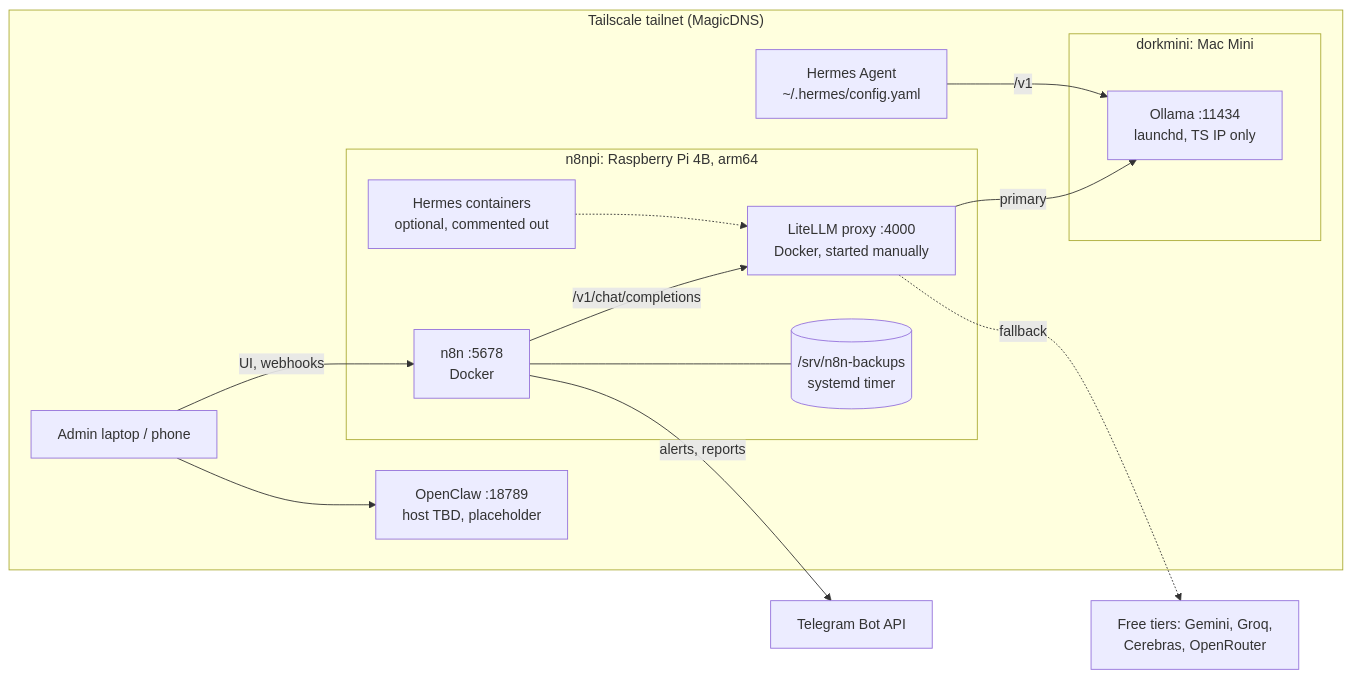
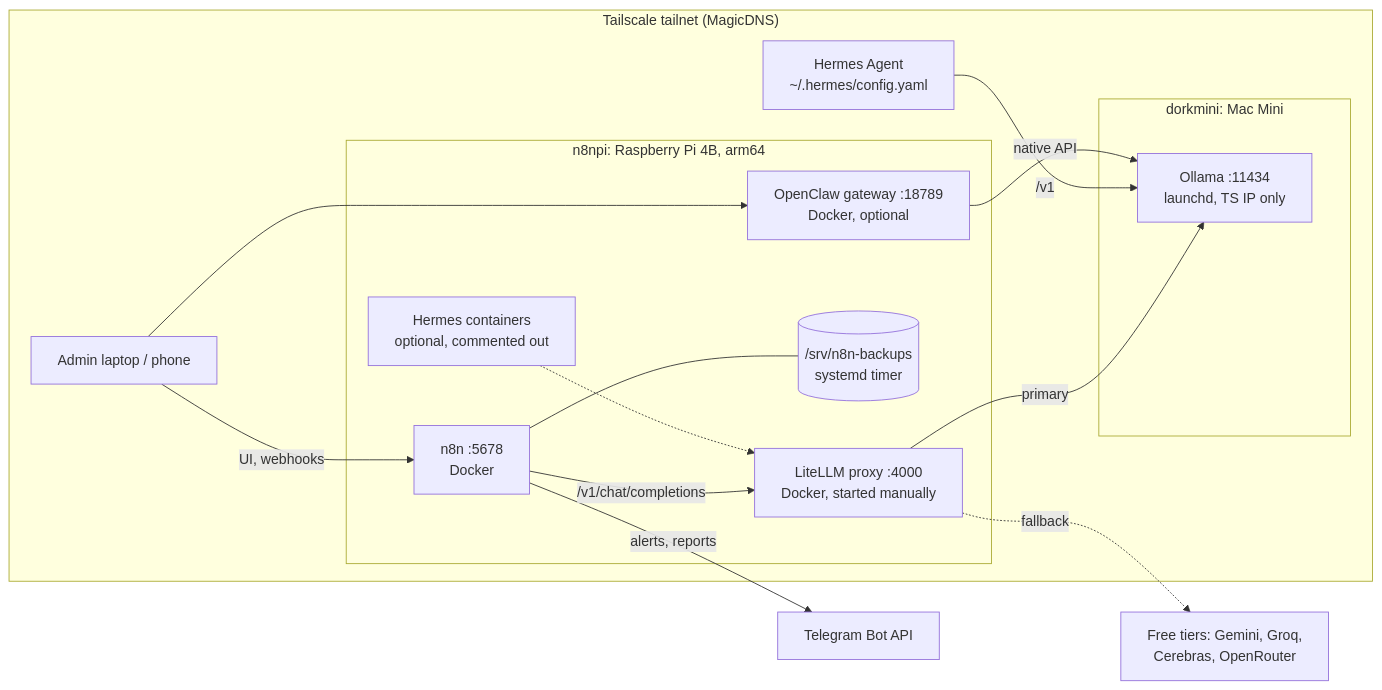
The diagram in README.md (ScanedDork/ai-homelab), drawn with Mermaid before and after one commit. The commit also changed other lines of this file and 11 other files, not shown here.

First line of the commit message:
Make OpenClaw and Hermes containers deployable

````diff
--- a/README.md
+++ b/README.md
@@ -8,29 +8,30 @@
 ```mermaid
 flowchart LR
   subgraph tailnet["Tailscale tailnet (MagicDNS)"]
     you["Admin laptop / phone"]
     subgraph pi["n8npi: Raspberry Pi 4B, arm64"]
       n8n["n8n :5678<br/>Docker"]
       litellm["LiteLLM proxy :4000<br/>Docker, started manually"]
       hpi["Hermes containers<br/>optional, commented out"]
       bk[("/srv/n8n-backups<br/>systemd timer")]
+      oc["OpenClaw gateway :18789<br/>Docker, optional"]
     end
     subgraph mac["dorkmini: Mac Mini"]
       ollama["Ollama :11434<br/>launchd, TS IP only"]
     end
     hermes["Hermes Agent<br/>~/.hermes/config.yaml"]
-    oc["OpenClaw :18789<br/>host TBD, placeholder"]
   end
   cloud["Free tiers: Gemini, Groq,<br/>Cerebras, OpenRouter"]
   tg["Telegram Bot API"]
 
   you -->|UI, webhooks| n8n
   you --> oc
   n8n -->|/v1/chat/completions| litellm
   litellm -->|primary| ollama
   litellm -.->|fallback| cloud
   hermes -->|/v1| ollama
+  oc -->|native API| ollama
   hpi -.-> litellm
   n8n -->|alerts, reports| tg
   n8n --- bk
 ```
````
